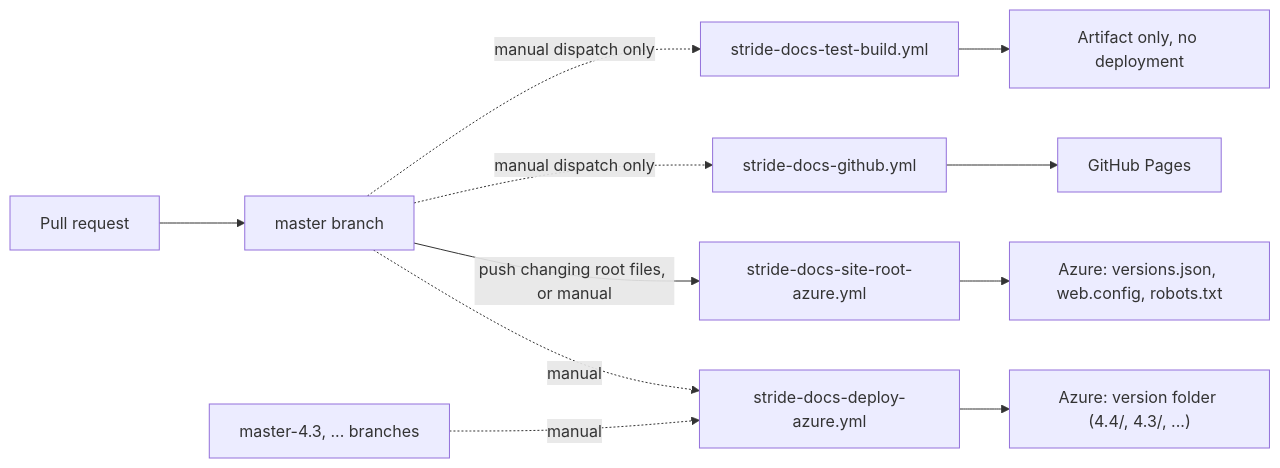
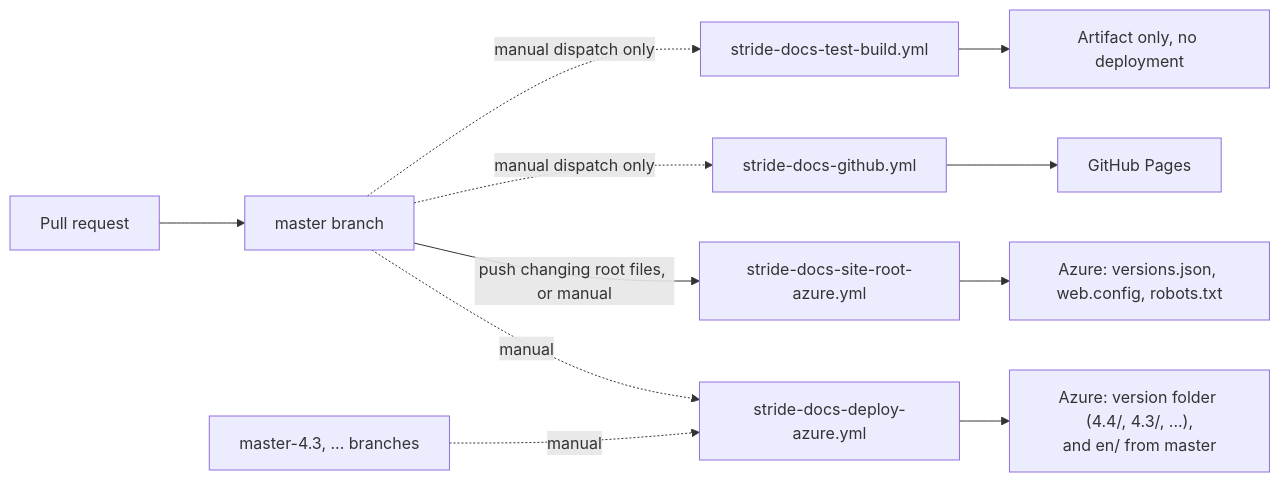
One commit to stride3d/stride-docs changed the first of 3 diagrams in en/contributors/documentation/github-actions.md. Above: the diagram before and after it, drawn with Mermaid. The commit also changed other lines of this file and 4 other files, not shown here.

````diff
--- a/en/contributors/documentation/github-actions.md
+++ b/en/contributors/documentation/github-actions.md
@@ -16,14 +16,14 @@
 ``` mermaid
 flowchart LR
     PR[Pull request] --> master[master branch]
     master -.->|manual| WD[stride-docs-deploy-azure.yml]
     old[master-4.3, ... branches] -.->|manual| WD
     master -->|push changing root files, or manual| WR[stride-docs-site-root-azure.yml]
     master -.->|manual dispatch only| WG[stride-docs-github.yml]
     master -.->|manual dispatch only| WT[stride-docs-test-build.yml]
 
-    WD --> AV["Azure: version folder (4.4/, 4.3/, ...)"]
+    WD --> AV["Azure: version folder (4.4/, 4.3/, ...),<br/>and en/ from master"]
     WR --> AR["Azure: versions.json, web.config, robots.txt"]
     WG --> GH[GitHub Pages]
     WT --> AA[Artifact only, no deployment]
 ```
````
